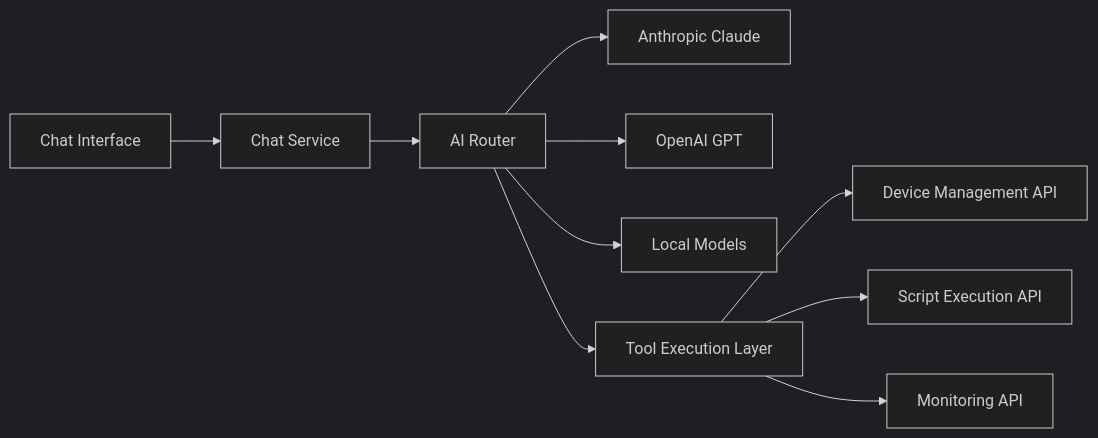
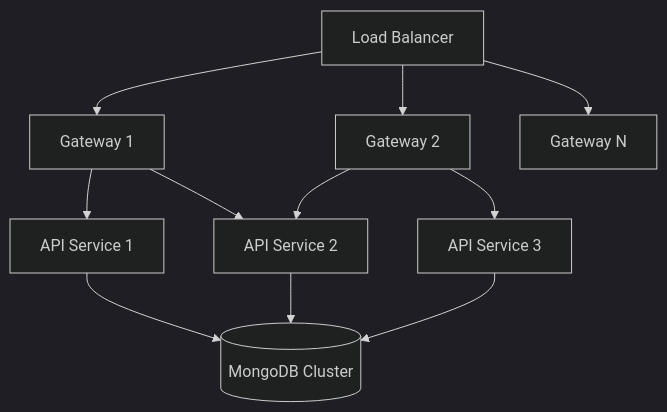
Diagram 11 of 11 in docs/development/architecture/README.md (Praesto-Pro/openframe-oss-tenant), drawn with Mermaid (dark theme) before and after one commit. The commit also changed other lines of this file and 214 other files, not shown here.

````diff
--- a/docs/development/architecture/README.md
+++ b/docs/development/architecture/README.md
@@ -516,13 +416,15 @@
 ```mermaid
-flowchart LR
-    ChatUI[Chat Interface] --> ChatService[Chat Service]
-    ChatService --> AIRouter[AI Router]
-    AIRouter --> Claude[Anthropic Claude]
-    AIRouter --> OpenAI[OpenAI GPT]
-    AIRouter --> Local[Local Models]
+flowchart TB
+    LB[Load Balancer] --> GW1[Gateway 1]
+    LB --> GW2[Gateway 2]
+    LB --> GWn[Gateway N]
     
-    AIRouter --> ToolExecution[Tool Execution Layer]
-    ToolExecution --> DeviceAPI[Device Management API]
-    ToolExecution --> ScriptAPI[Script Execution API]
-    ToolExecution --> MonitoringAPI[Monitoring API]
+    GW1 --> API1[API Service 1]
+    GW1 --> API2[API Service 2]
+    GW2 --> API2
+    GW2 --> API3[API Service 3]
+    
+    API1 --> DB[(MongoDB Cluster)]
+    API2 --> DB
+    API3 --> DB
 ```
````
